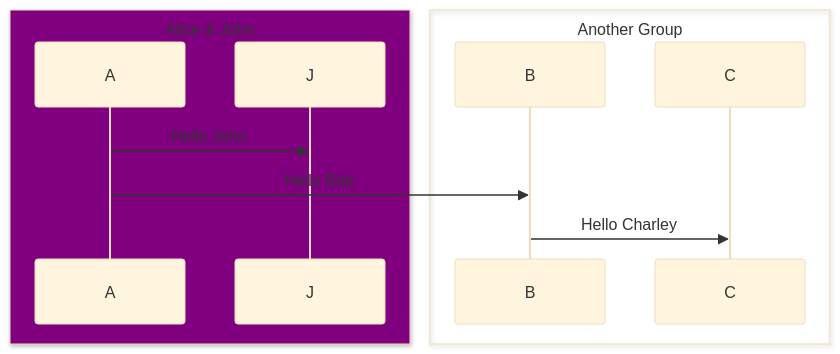
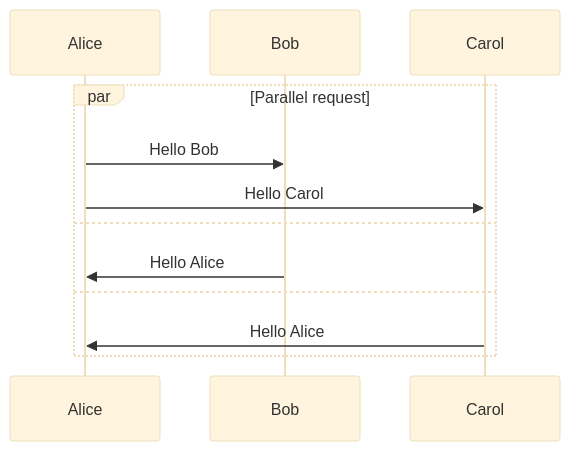
Diagram 16 of 24 in .agents/skills/mermaid-11-14-0/references/02-sequence-diagram.md (tangledgroup/tangled-skills), drawn with Mermaid (base theme) before and after one commit. The commit also changed other lines of this file and 5 other files, not shown here.

First line of the commit message:
refactor(mermaid-11-14-0): comprehensive skill improvement with 6 new sections

````diff
--- a/.agents/skills/mermaid-11-14-0/references/02-sequence-diagram.md
+++ b/.agents/skills/mermaid-11-14-0/references/02-sequence-diagram.md
@@ -131,14 +203,11 @@
 ```mermaid
 sequenceDiagram
-    box Purple Alice & John
-    participant A
-    participant J
+    par Parallel request
+        Alice->>Bob: Hello Bob
+        Alice->>Carol: Hello Carol
+    and
+        Bob->>Alice: Hello Alice
+    and
+        Carol->>Alice: Hello Alice
     end
-    box Another Group
-    participant B
-    participant C
-    end
-    A->>J: Hello John
-    A->>B: Hello Bob
-    B->>C: Hello Charley
 ```
````
